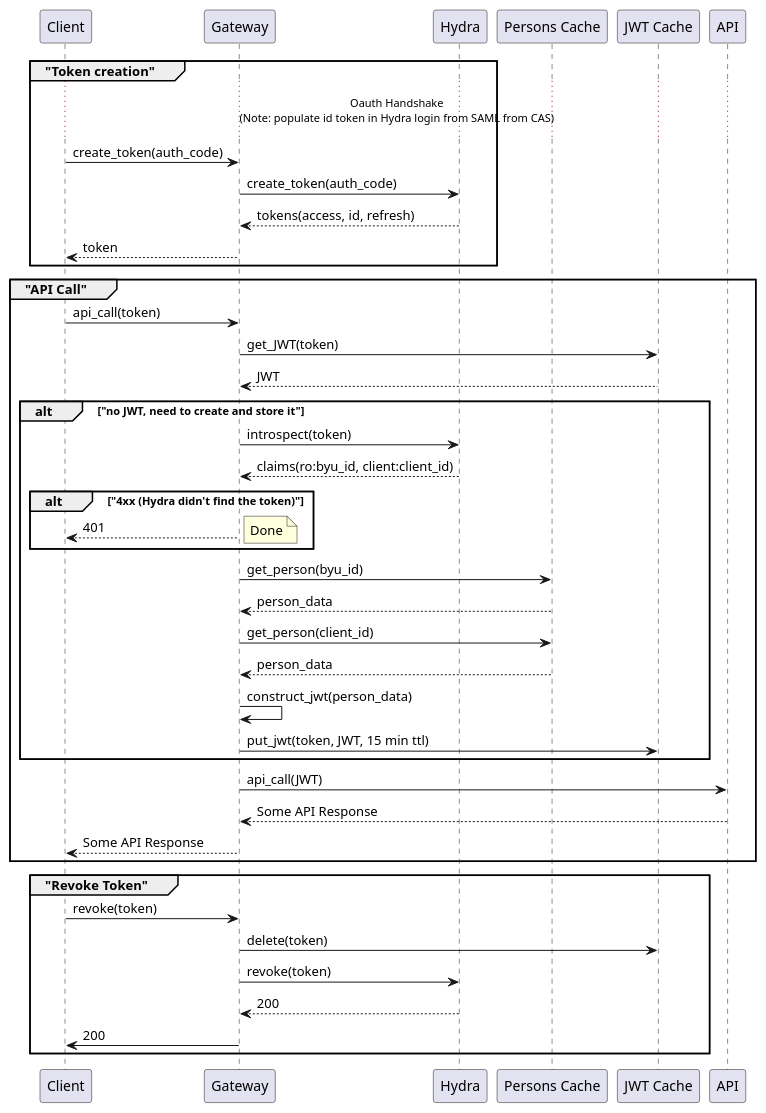
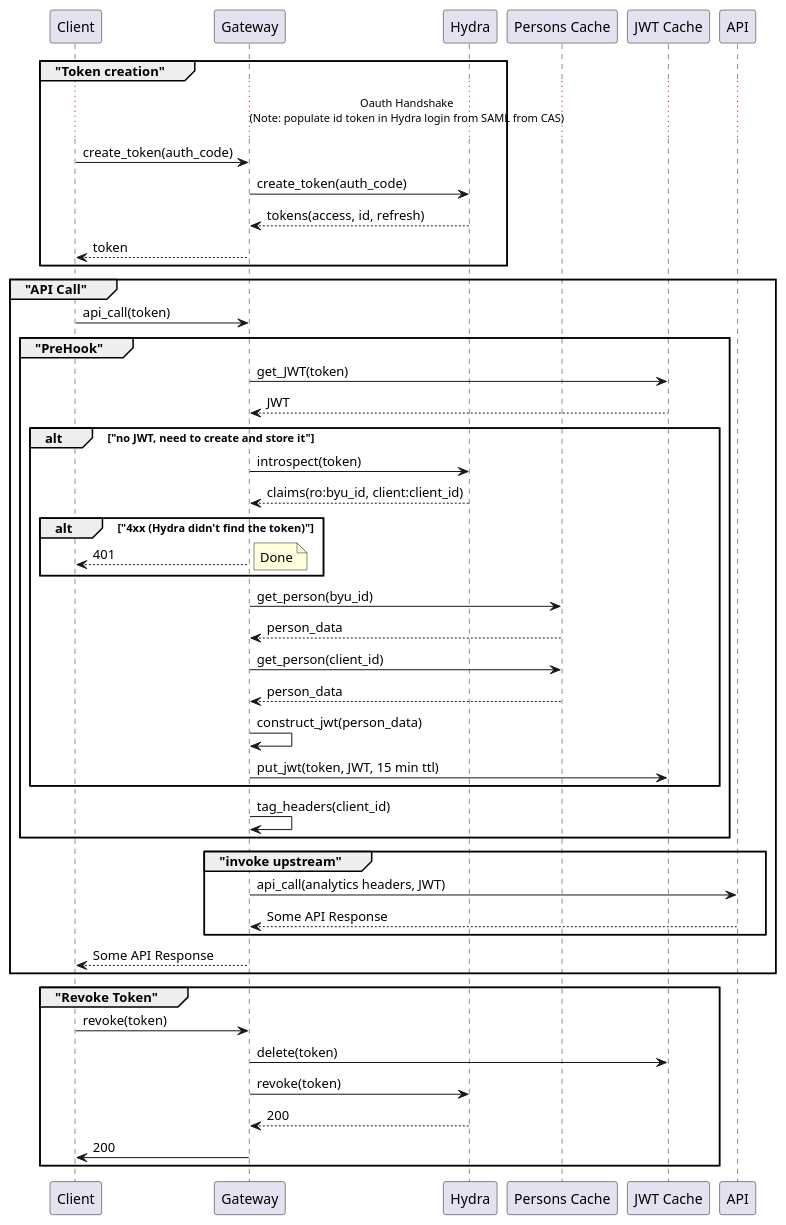
The diagram in doc/tyk-token-and-jwt.puml (byu-oit/tyk-gateway-docker), drawn with PlantUML before and after one commit. The commit also changed 1 other file, not shown here.

Commit message:
PreHook with tag_headers()

```diff
--- a/doc/tyk-token-and-jwt.puml
+++ b/doc/tyk-token-and-jwt.puml
@@ -1,49 +1,54 @@
 @startuml tyk-token-and-jwt
 
 participant Client as client
 participant Gateway as gw
 participant Hydra as hydra
 participant "Persons Cache" as persons
 participant "JWT Cache" as jwt
 participant API as api
 
 group "Token creation"
     ...Oauth Handshake\n(Note: populate id token in Hydra login from SAML from CAS)...
     client -> gw : create_token(auth_code)
     gw -> hydra : create_token(auth_code)
     hydra --> gw : tokens(access, id, refresh)
     gw --> client : token
 end
 
 group "API Call"
     client -> gw : api_call(token)
-    gw -> jwt : get_JWT(token)
-    jwt --> gw : JWT
-    alt "no JWT, need to create and store it"
-        gw -> hydra : introspect(token)
-        hydra --> gw : claims(ro:byu_id, client:client_id)
-        alt "4xx (Hydra didn't find the token)"
-            gw --> client : 401
-            note right: Done
+    group "PreHook"
+        gw -> jwt : get_JWT(token)
+        jwt --> gw : JWT
+        alt "no JWT, need to create and store it"
+            gw -> hydra : introspect(token)
+            hydra --> gw : claims(ro:byu_id, client:client_id)
+            alt "4xx (Hydra didn't find the token)"
+                gw --> client : 401
+                note right: Done
+            end
+            gw -> persons : get_person(byu_id)
+            persons --> gw : person_data
+            gw -> persons : get_person(client_id)
+            persons --> gw : person_data
+            gw -> gw : construct_jwt(person_data)
+            gw -> jwt : put_jwt(token, JWT, 15 min ttl)
         end
-        gw -> persons : get_person(byu_id)
-        persons --> gw : person_data
-        gw -> persons : get_person(client_id)
-        persons --> gw : person_data
-        gw -> gw : construct_jwt(person_data)
-        gw -> jwt : put_jwt(token, JWT, 15 min ttl)
+        gw -> gw : tag_headers(client_id)
     end
-    gw -> api : api_call(JWT)
-    api --> gw : Some API Response
+    group "invoke upstream"
+        gw -> api : api_call(analytics headers, JWT)
+        api --> gw : Some API Response
+    end
     gw --> client : Some API Response
 end
 
 group "Revoke Token"
     client -> gw : revoke(token)
     gw -> jwt : delete(token)
     gw -> hydra : revoke(token)
     hydra --> gw : 200
     gw -> client : 200
 end
 
 @enduml
```
